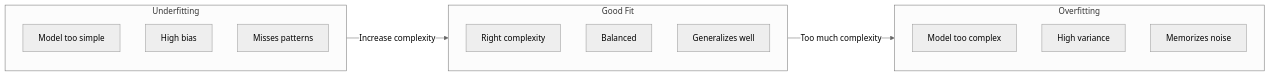
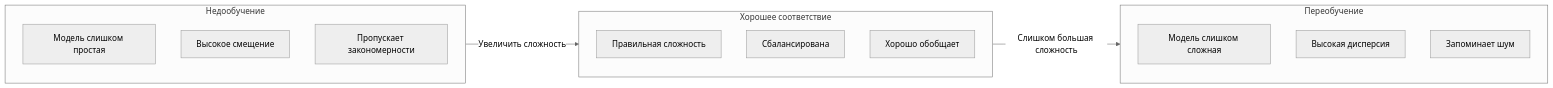
Before and after one commit to stabuev/ai-engineering-from-scratch: the fifth of 6 diagrams in phases/02-ml-fundamentals/01-what-is-machine-learning/docs/ru.md, drawn with Mermaid (neutral theme). The commit also changed other lines of this file and 22 other files, not shown here.

````diff
--- a/phases/02-ml-fundamentals/01-what-is-machine-learning/docs/ru.md
+++ b/phases/02-ml-fundamentals/01-what-is-machine-learning/docs/ru.md
@@ -183,23 +183,23 @@
 ```mermaid
 flowchart LR
-    subgraph UF["Underfitting"]
-        U1["Model too simple"]
-        U2["High bias"]
-        U3["Misses patterns"]
+    subgraph UF["Недообучение"]
+        U1["Модель слишком простая"]
+        U2["Высокое смещение"]
+        U3["Пропускает закономерности"]
     end
 
-    subgraph GF["Good Fit"]
-        G1["Right complexity"]
-        G2["Balanced"]
-        G3["Generalizes well"]
+    subgraph GF["Хорошее соответствие"]
+        G1["Правильная сложность"]
+        G2["Сбалансирована"]
+        G3["Хорошо обобщает"]
     end
 
-    subgraph OF["Overfitting"]
-        O1["Model too complex"]
-        O2["High variance"]
-        O3["Memorizes noise"]
+    subgraph OF["Переобучение"]
+        O1["Модель слишком сложная"]
+        O2["Высокая дисперсия"]
+        O3["Запоминает шум"]
     end
 
-    UF -->|Increase complexity| GF
-    GF -->|Too much complexity| OF
+    UF -->|Увеличить сложность| GF
+    GF -->|Слишком большая сложность| OF
 ```
````
